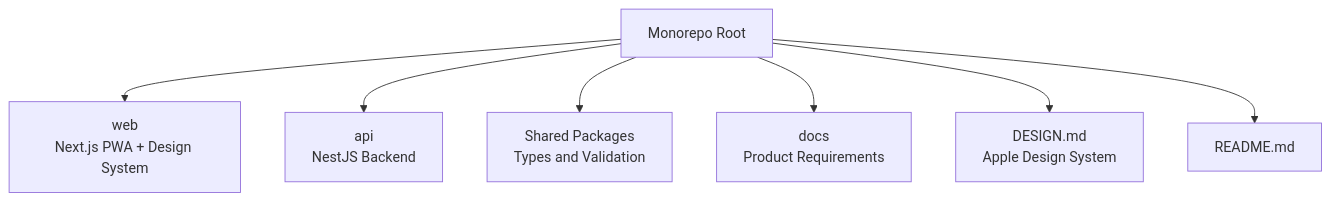
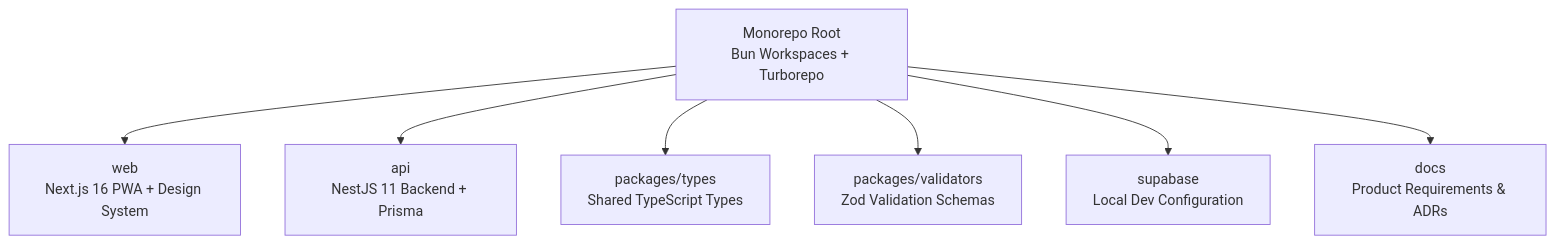
The first of 8 diagrams in .qoder/repowiki/en/content/Technical Architecture/Technical Architecture.md (epo33m/scheduling), drawn with Mermaid before and after one commit. The commit also changed other lines of this file and 50 other files, not shown here.

````diff
--- a/.qoder/repowiki/en/content/Technical Architecture/Technical Architecture.md
+++ b/.qoder/repowiki/en/content/Technical Architecture/Technical Architecture.md
@@ -55,16 +65,16 @@
 ```mermaid
 graph TB
-Repo["Monorepo Root"]
-Web["web<br/>Next.js PWA + Design System"]
-Api["api<br/>NestJS Backend"]
-Shared["Shared Packages<br/>Types and Validation"]
-Docs["docs<br/>Product Requirements"]
-Design["DESIGN.md<br/>Apple Design System"]
-Readme["README.md"]
+Repo["Monorepo Root<br/>Bun Workspaces + Turborepo"]
+Web["web<br/>Next.js 16 PWA + Design System"]
+Api["api<br/>NestJS 11 Backend + Prisma"]
+SharedTypes["packages/types<br/>Shared TypeScript Types"]
+SharedValidators["packages/validators<br/>Zod Validation Schemas"]
+Supabase["supabase<br/>Local Dev Configuration"]
+Docs["docs<br/>Product Requirements & ADRs"]
 Repo --> Web
 Repo --> Api
-Repo --> Shared
+Repo --> SharedTypes
+Repo --> SharedValidators
+Repo --> Supabase
 Repo --> Docs
-Repo --> Design
-Repo --> Readme
 ```
````
